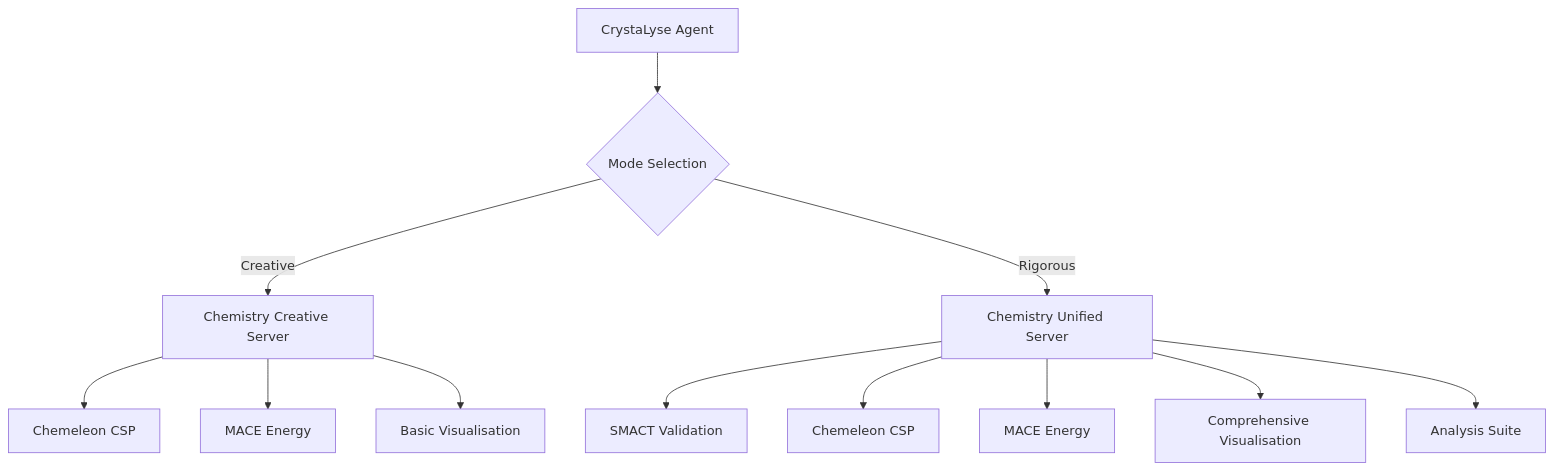
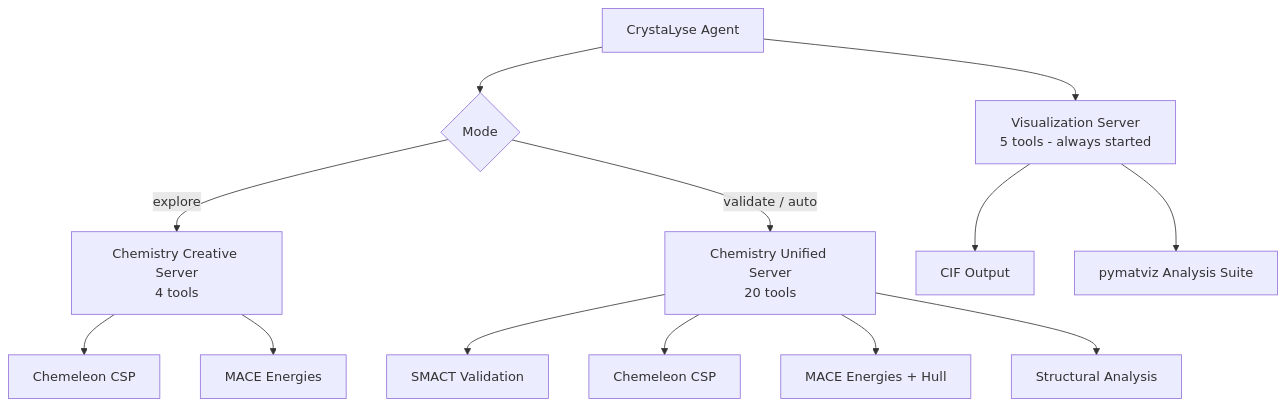
Before and after one commit to ryannduma/CrystaLyse.AI: the diagram in docs/concepts/analysis_modes.md, drawn with Mermaid. The commit also changed other lines of this file and 28 other files, not shown here.

````diff
--- a/docs/concepts/analysis_modes.md
+++ b/docs/concepts/analysis_modes.md
@@ -242,16 +232,18 @@
 ```mermaid
 graph TB
-    A[CrystaLyse Agent] --> B{Mode Selection}
-    B -->|Creative| C[Chemistry Creative Server]
-    B -->|Rigorous| D[Chemistry Unified Server]
-    
+    A[CrystaLyse Agent] --> B{Mode}
+    B -->|explore| C[Chemistry Creative Server<br/>4 tools]
+    B -->|validate / auto| D[Chemistry Unified Server<br/>20 tools]
+    A --> V[Visualization Server<br/>5 tools - always started]
+
     C --> E[Chemeleon CSP]
-    C --> F[MACE Energy]
-    C --> G[Basic Visualisation]
-    
-    D --> H[SMACT Validation]
-    D --> I[Chemeleon CSP]
-    D --> J[MACE Energy]
-    D --> K[Comprehensive Visualisation]
-    D --> L[Analysis Suite]
+    C --> F[MACE Energies]
+
+    D --> G[SMACT Validation]
+    D --> H[Chemeleon CSP]
+    D --> I[MACE Energies + Hull]
+    D --> J[Structural Analysis]
+
+    V --> K[CIF Output]
+    V --> L[pymatviz Analysis Suite]
 ```
````
